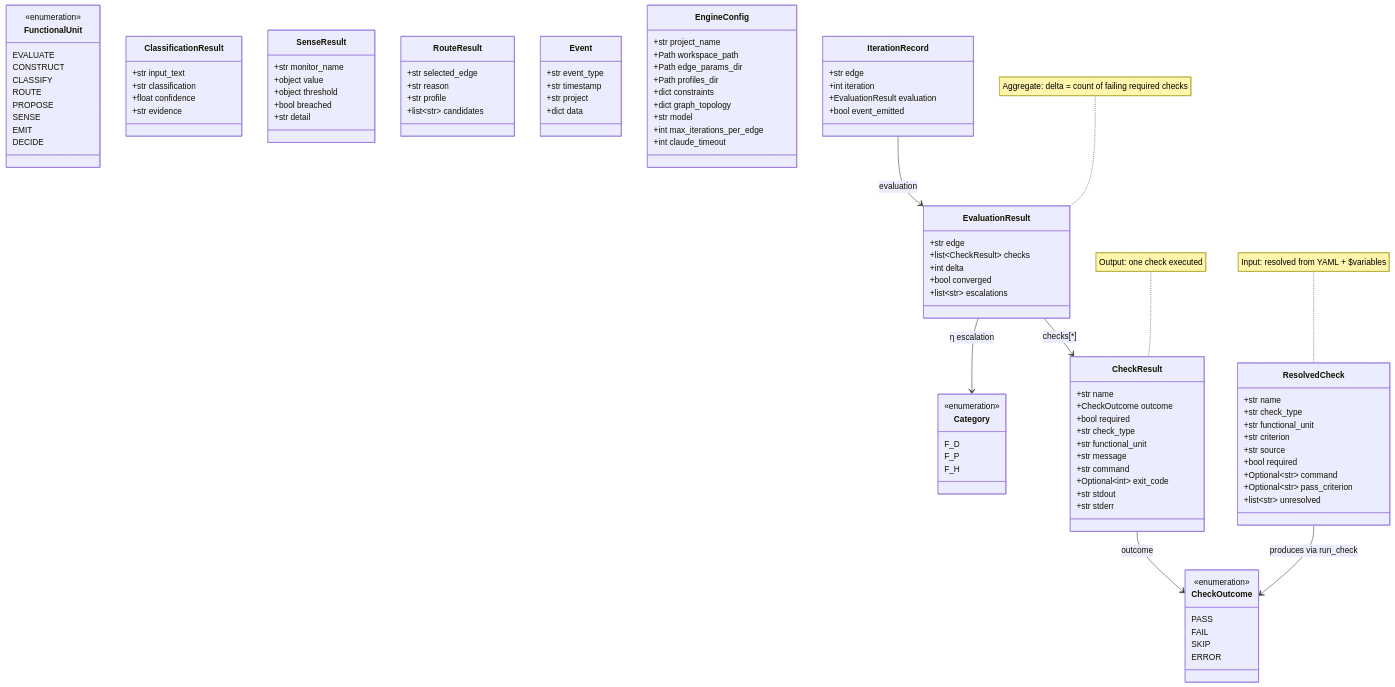
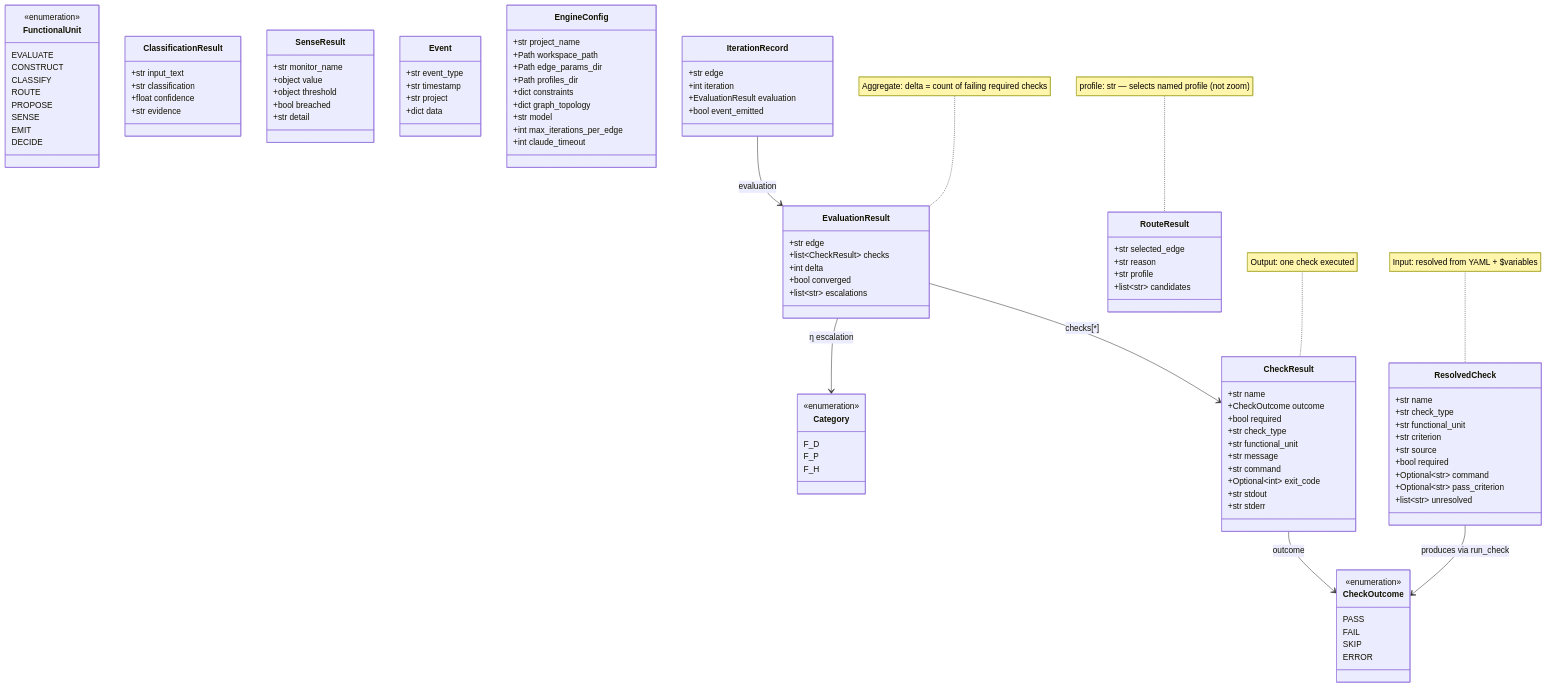
One commit to foolishimp/ai_sdlc_method changed the second of 19 diagrams in imp_claude/design/FUNCTOR_FRAMEWORK_DESIGN.md. Above: the diagram before and after it, drawn with Mermaid. The commit also changed other lines of this file, not shown here.

```diff
--- a/imp_claude/design/FUNCTOR_FRAMEWORK_DESIGN.md
+++ b/imp_claude/design/FUNCTOR_FRAMEWORK_DESIGN.md
@@ -228,6 +297,7 @@
     IterationRecord --> EvaluationResult : evaluation
     EvaluationResult --> Category : η escalation
 
+    note for RouteResult "profile: str — selects named profile (not zoom)"
     note for ResolvedCheck "Input: resolved from YAML + $variables"
     note for CheckResult "Output: one check executed"
     note for EvaluationResult "Aggregate: delta = count of failing required checks"
```
